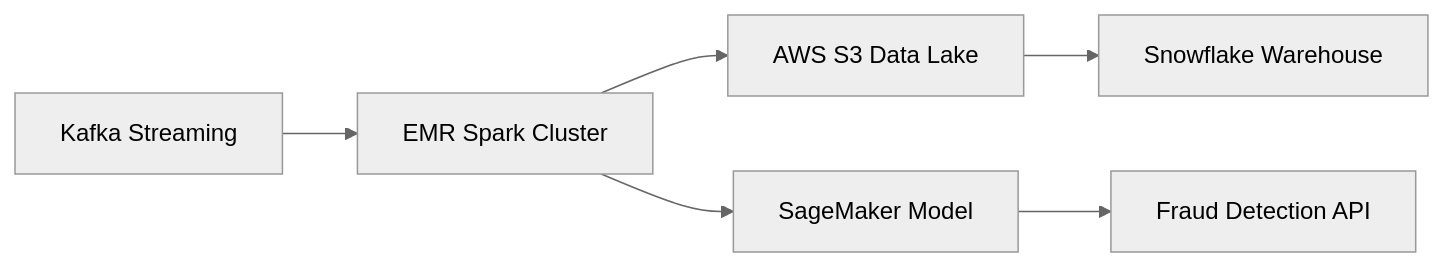
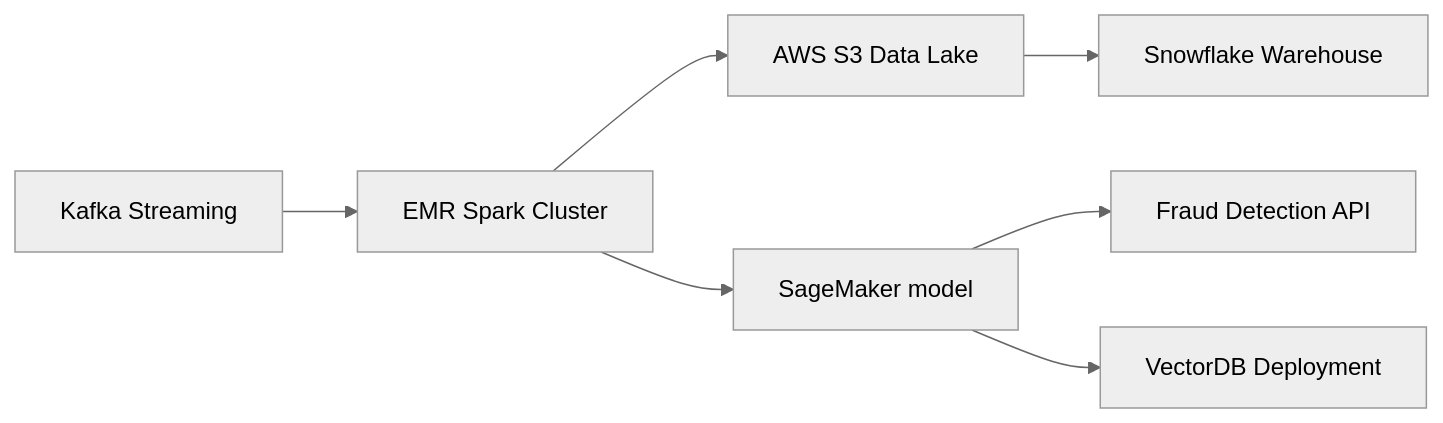
One commit to Kowshik0811/fraud-data-platform changed the third of 3 diagrams in README.md. Above: the diagram before and after it, drawn with Mermaid (neutral theme). The commit also changed other lines of this file, not shown here.

````diff
--- a/README.md
+++ b/README.md
@@ -53,9 +56,11 @@
 ```mermaid
 flowchart LR
 
 A[Kafka Streaming] --> B[EMR Spark Cluster]
 B --> C[AWS S3 Data Lake]
-C --> D[Snowflake Warehouse]
-B --> E[SageMaker Model]
-E --> F[Fraud Detection API]
+B --> D[SageMaker model]
+C --> E[Snowflake Warehouse]
+D --> F[Fraud Detection API]
+D --> G[VectorDB Deployment]
+
 ```
````
